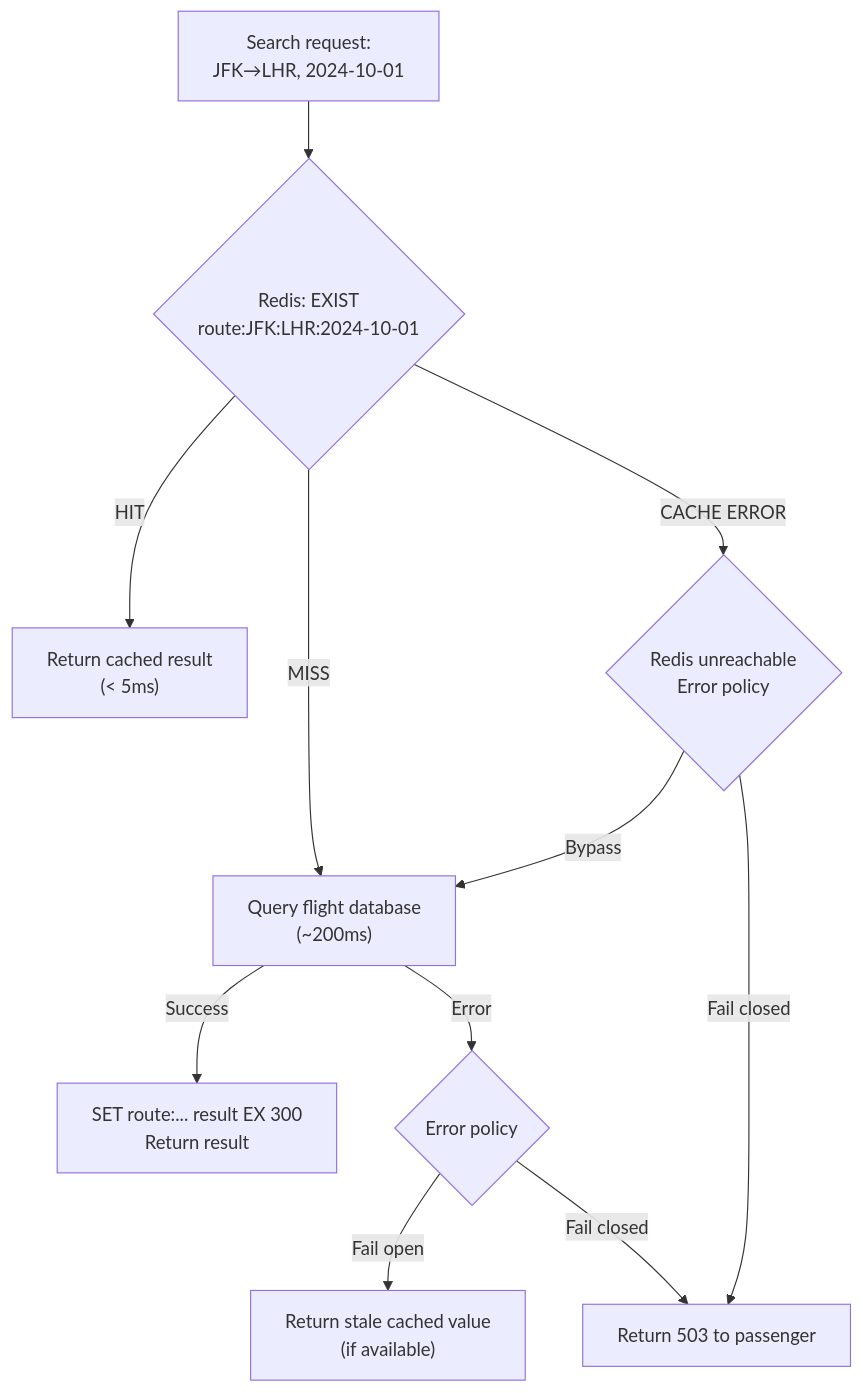
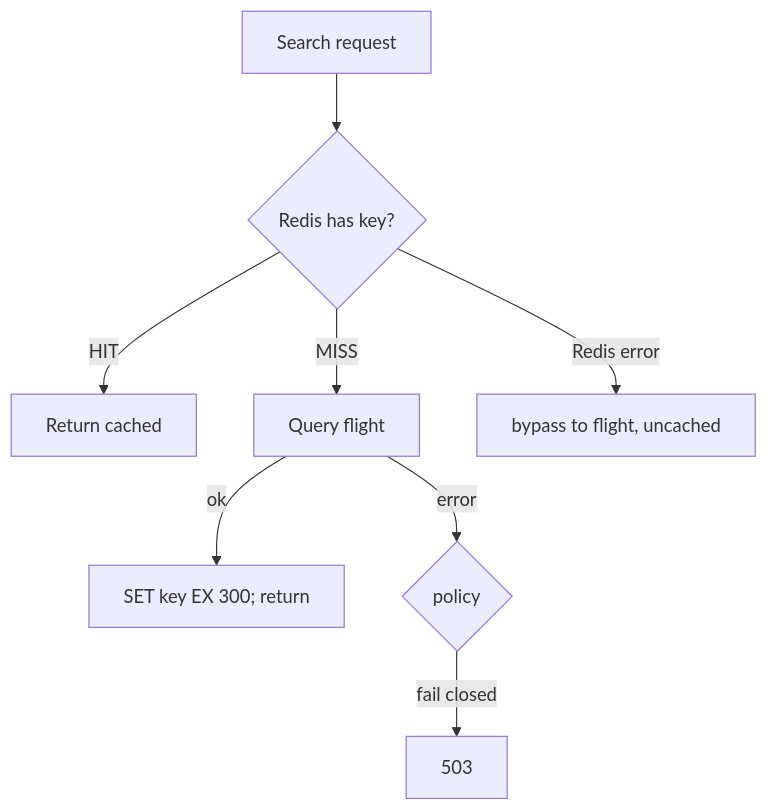
The diagram in docs/learn/scaling/cache-aside.md (darshan-raul/apollo11-docs), drawn with Mermaid before and after one commit. The commit also changed other lines of this file and 55 other files, not shown here.

````diff
--- a/docs/learn/scaling/cache-aside.md
+++ b/docs/learn/scaling/cache-aside.md
@@ -18,13 +17,10 @@
-~~~mermaid
+```mermaid
 flowchart TD
-  Request["Search request:\nJFK→LHR, 2024-10-01"] --> CacheCheck{"Redis: EXIST\nroute:JFK:LHR:2024-10-01"}
-  CacheCheck -->|HIT| CacheReturn["Return cached result\n(< 5ms)"]
-  CacheCheck -->|MISS| FlightDB["Query flight database\n(~200ms)"]
-  FlightDB -->|Success| Store["SET route:... result EX 300\nReturn result"]
-  FlightDB -->|Error| ErrorPolicy{"Error policy"}
-  ErrorPolicy -->|Fail open| Stale["Return stale cached value\n(if available)"]
-  ErrorPolicy -->|Fail closed| HTTP503["Return 503 to passenger"]
-  CacheCheck -->|CACHE ERROR| CacheErrorPolicy{"Redis unreachable\nError policy"}
-  CacheErrorPolicy -->|Bypass| FlightDB
-  CacheErrorPolicy -->|Fail closed| HTTP503
-~~~
+  R[Search request] --> C{Redis has key?}
+  C -->|HIT| H[Return cached]
+  C -->|MISS| F[Query flight]
+  F -->|ok| S[SET key EX 300; return]
+  F -->|error| E{policy}
+  E -->|fail closed| X[503]
+  C -->|Redis error| B[bypass to flight, uncached]
+```
````
